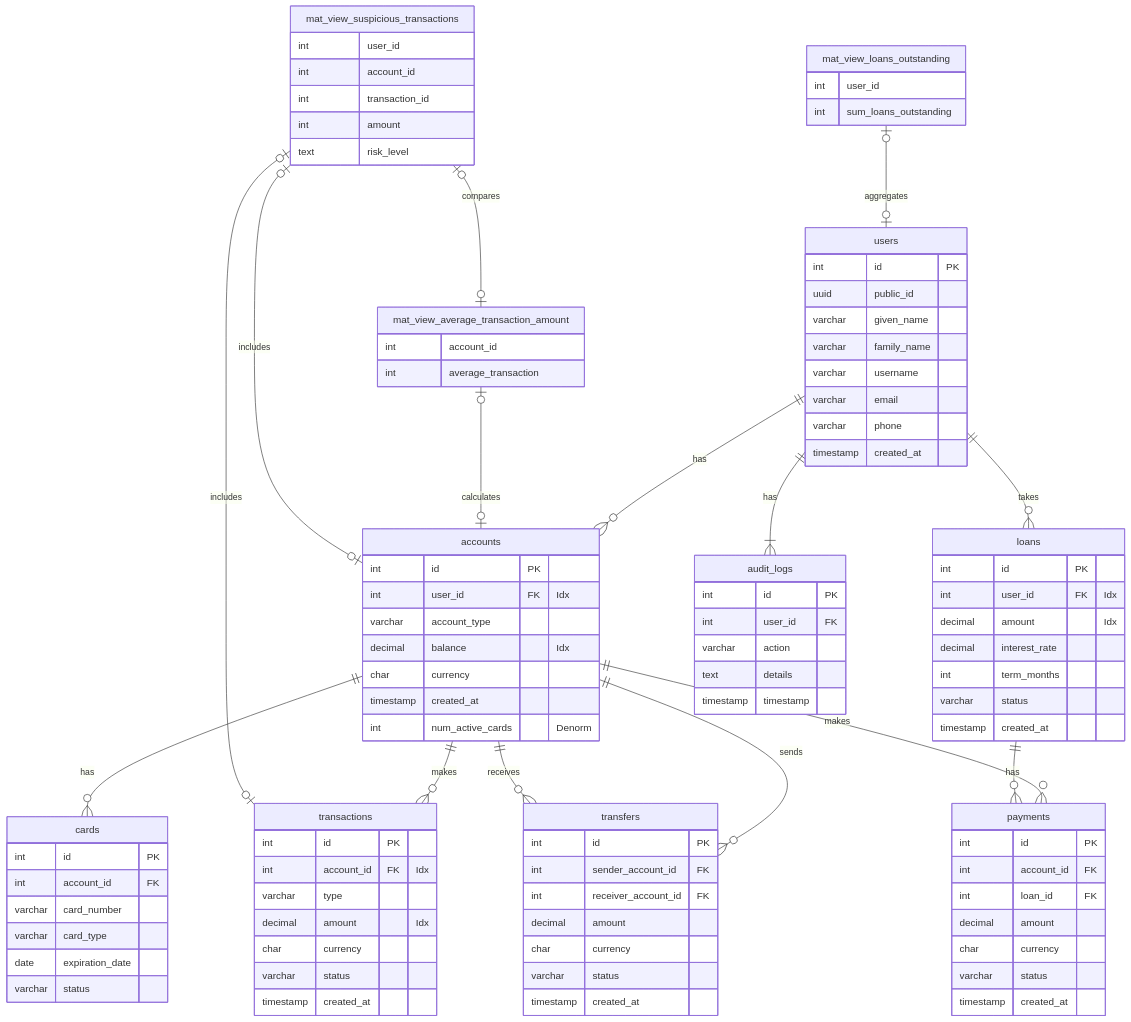
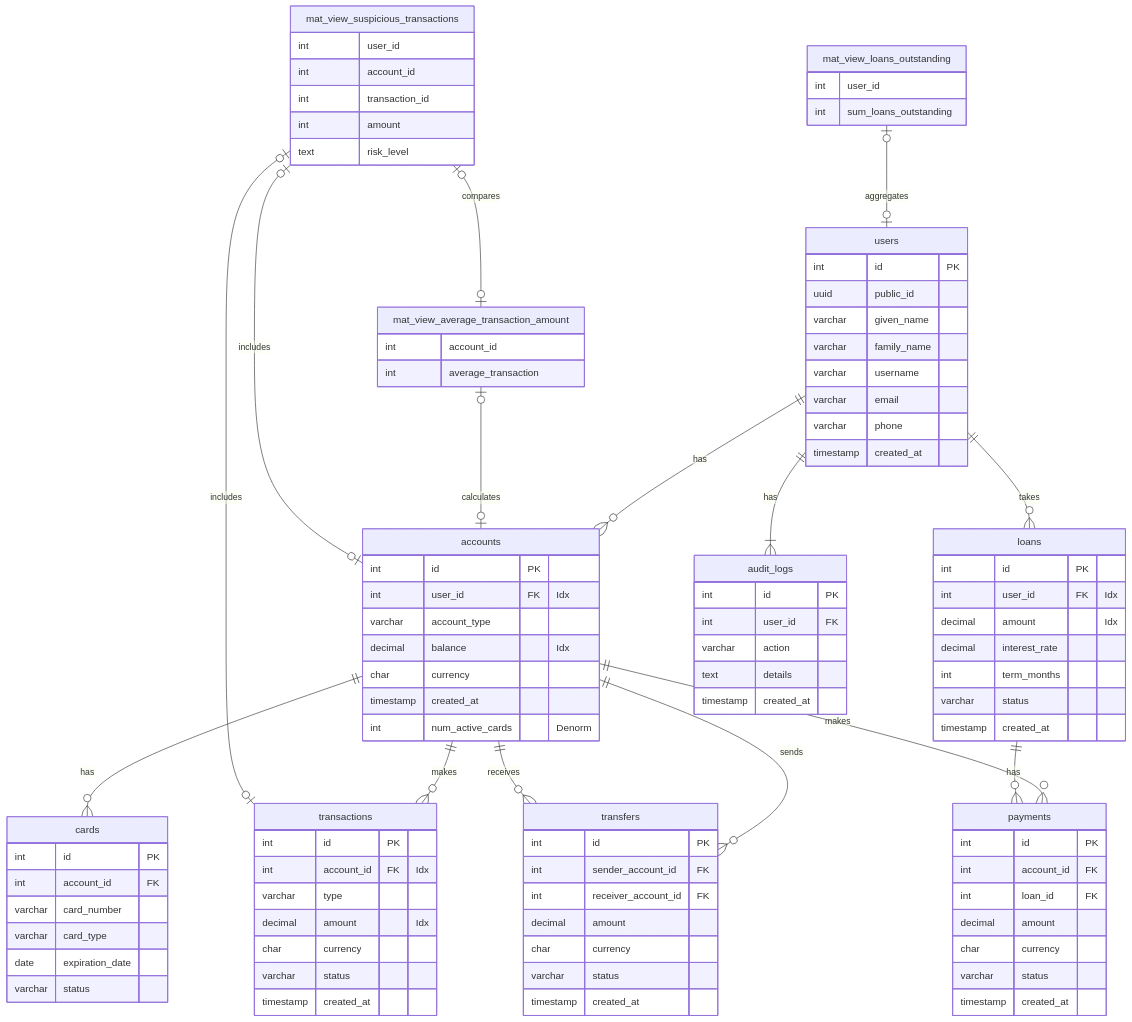
Before and after one commit to W-E-Robinson/sql-optimisation-and-caching-experimentation: the diagram in README.md, drawn with Mermaid. The commit also changed 6 other files, not shown here.

```diff
--- a/README.md
+++ b/README.md
@@ -96,7 +96,7 @@
         int user_id FK
         varchar action
         text details
-        timestamp timestamp
+        timestamp created_at
     }
     
     mat_view_loans_outstanding |o--o| users : "aggregates"
```
